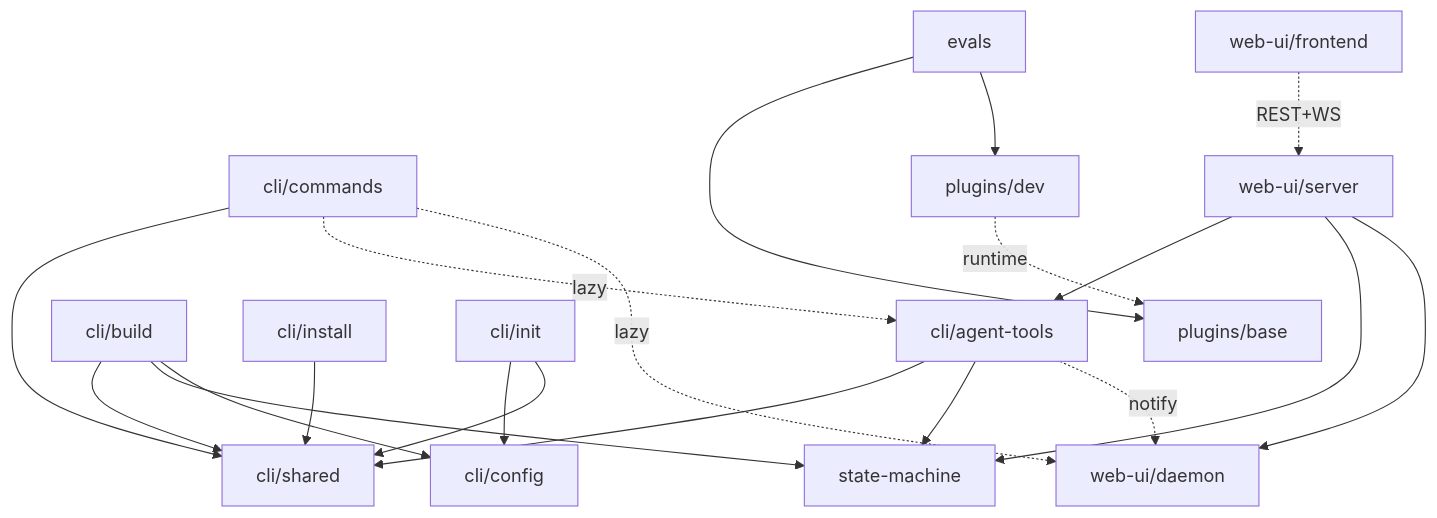
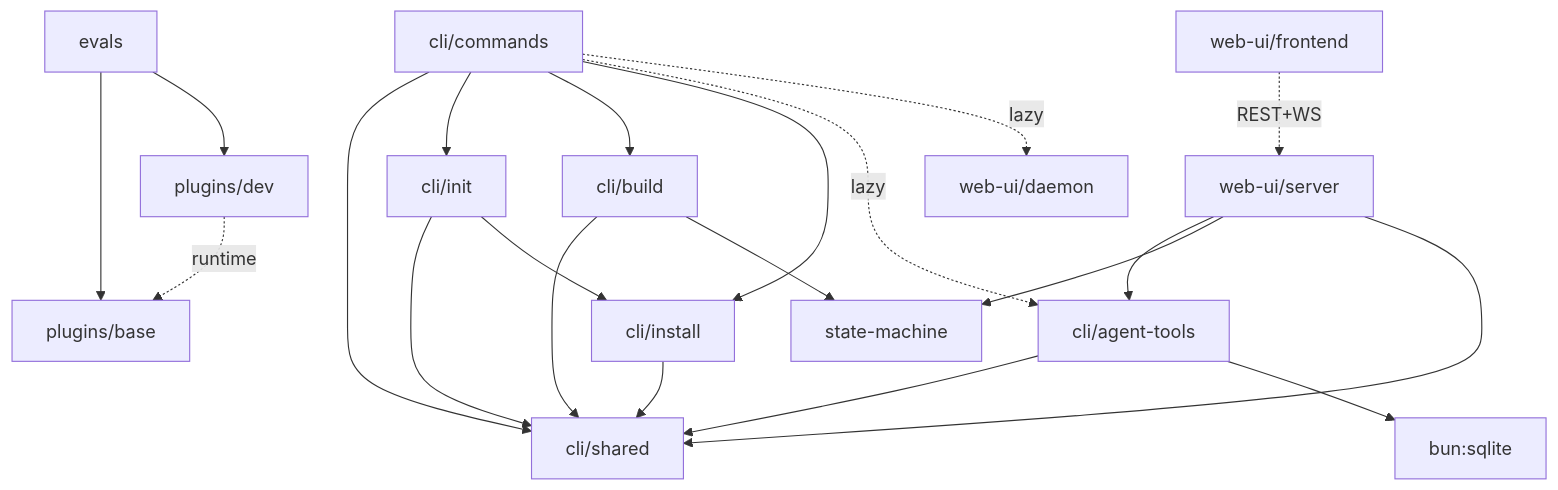
Before and after one commit to rp1-run/rp1: the diagram in .rp1/context/modules.md, drawn with Mermaid. The commit also changed other lines of this file and 543 other files, not shown here.

````diff
--- a/.rp1/context/modules.md
+++ b/.rp1/context/modules.md
@@ -89,22 +122,23 @@
 ```mermaid
 graph TD
     Commands["cli/commands"] --> Shared["cli/shared"]
+    Commands --> Init["cli/init"]
+    Commands --> Build["cli/build"]
+    Commands --> Install["cli/install"]
     Commands -.->|lazy| AgentTools["cli/agent-tools"]
     Commands -.->|lazy| Daemon["web-ui/daemon"]
     AgentTools --> Shared
-    AgentTools --> StateMachine["state-machine"]
-    AgentTools -.->|notify| Daemon
-    Build["cli/build"] --> Shared
-    Build --> StateMachine
-    Build --> Config["cli/config"]
-    Install["cli/install"] --> Shared
-    Init["cli/init"] --> Config
+    AgentTools --> SQLite["bun:sqlite"]
+    Build --> Shared
+    Build --> SM["state-machine"]
+    Install --> Shared
     Init --> Shared
-    Server["web-ui/server"] --> AgentTools
-    Server --> StateMachine
-    Server --> Daemon
-    Frontend["web-ui/frontend"] -.->|REST+WS| Server
+    Init --> Install
+    WebServer["web-ui/server"] --> AgentTools
+    WebServer --> SM
+    WebServer --> Shared
+    Frontend["web-ui/frontend"] -.->|REST+WS| WebServer
     PluginsDev["plugins/dev"] -.->|runtime| PluginsBase["plugins/base"]
     Evals["evals"] --> PluginsBase
     Evals --> PluginsDev
 ```
````
